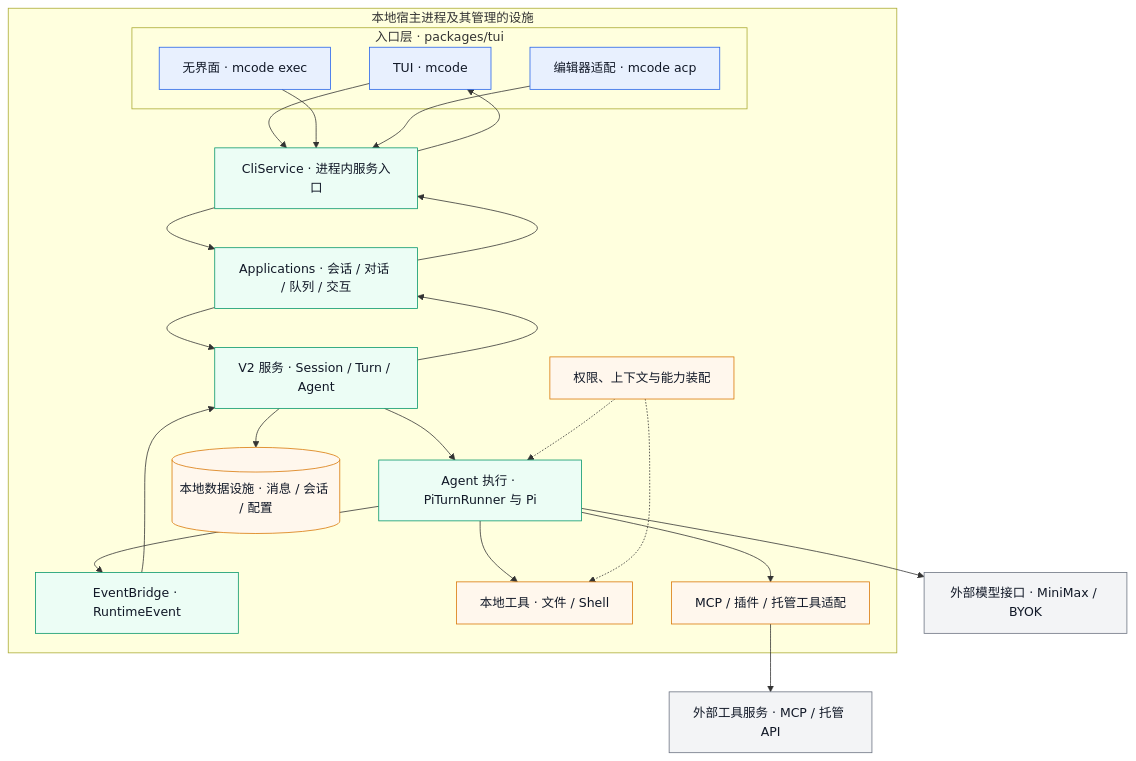
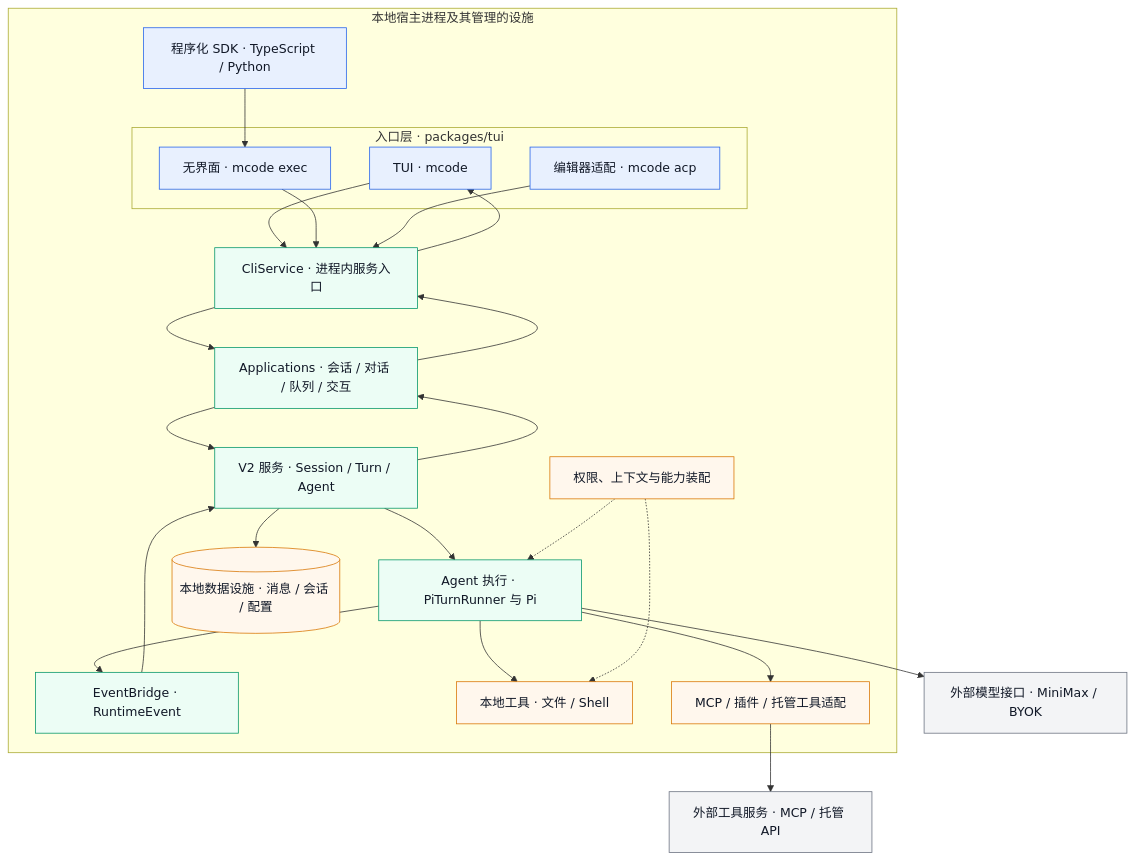
The first of 3 diagrams in minimax/agent/minimax-code/项目架构.md (Liccol/ref-doc), drawn with Mermaid before and after one commit. The commit also changed other lines of this file and 8 other files, not shown here.

````diff
--- a/minimax/agent/minimax-code/项目架构.md
+++ b/minimax/agent/minimax-code/项目架构.md
@@ -9,48 +9,50 @@
 ```mermaid
 flowchart TB
     subgraph HOST["本地宿主进程及其管理的设施"]
         subgraph ENTRY["入口层 · packages/tui"]
             TUI["TUI · mcode"]
             EXEC["无界面 · mcode exec"]
             ACP["编辑器适配 · mcode acp"]
         end
+        SDK["程序化 SDK · TypeScript / Python"]
         CLI["CliService · 进程内服务入口"]
         APP["Applications · 会话 / 对话 / 队列 / 交互"]
         SVC["V2 服务 · Session / Turn / Agent"]
         CORE["Agent 执行 · PiTurnRunner 与 Pi"]
         EVENTS["EventBridge · RuntimeEvent"]
         LOCAL["本地工具 · 文件 / Shell"]
         STORE[("本地数据设施 · 消息 / 会话 / 配置")]
         POLICY["权限、上下文与能力装配"]
         INTEGRATION["MCP / 插件 / 托管工具适配"]
         TUI --> CLI
+        SDK --> EXEC
         EXEC --> CLI
         ACP --> CLI
         CLI --> APP
         APP --> SVC
         SVC --> CORE
         CORE --> LOCAL
         CORE --> INTEGRATION
         CORE --> EVENTS
         EVENTS --> SVC
         SVC --> APP
         APP --> CLI
         CLI --> TUI
         SVC --> STORE
         POLICY -.-> CORE
         POLICY -.-> LOCAL
     end
     MODEL["外部模型接口 · MiniMax / BYOK"]
     TOOLSERVER["外部工具服务 · MCP / 托管 API"]
     CORE --> MODEL
     INTEGRATION --> TOOLSERVER
 
     classDef entry fill:#e8f0fe,stroke:#2563eb,color:#111827;
     classDef runtime fill:#ecfdf5,stroke:#059669,color:#111827;
     classDef support fill:#fff7ed,stroke:#d97706,color:#111827;
     classDef external fill:#f3f4f6,stroke:#6b7280,color:#111827;
-    class TUI,EXEC,ACP entry;
+    class TUI,EXEC,ACP,SDK entry;
     class CLI,APP,SVC,CORE,EVENTS runtime;
     class LOCAL,STORE,POLICY,INTEGRATION support;
     class MODEL,TOOLSERVER external;
 ```
````
